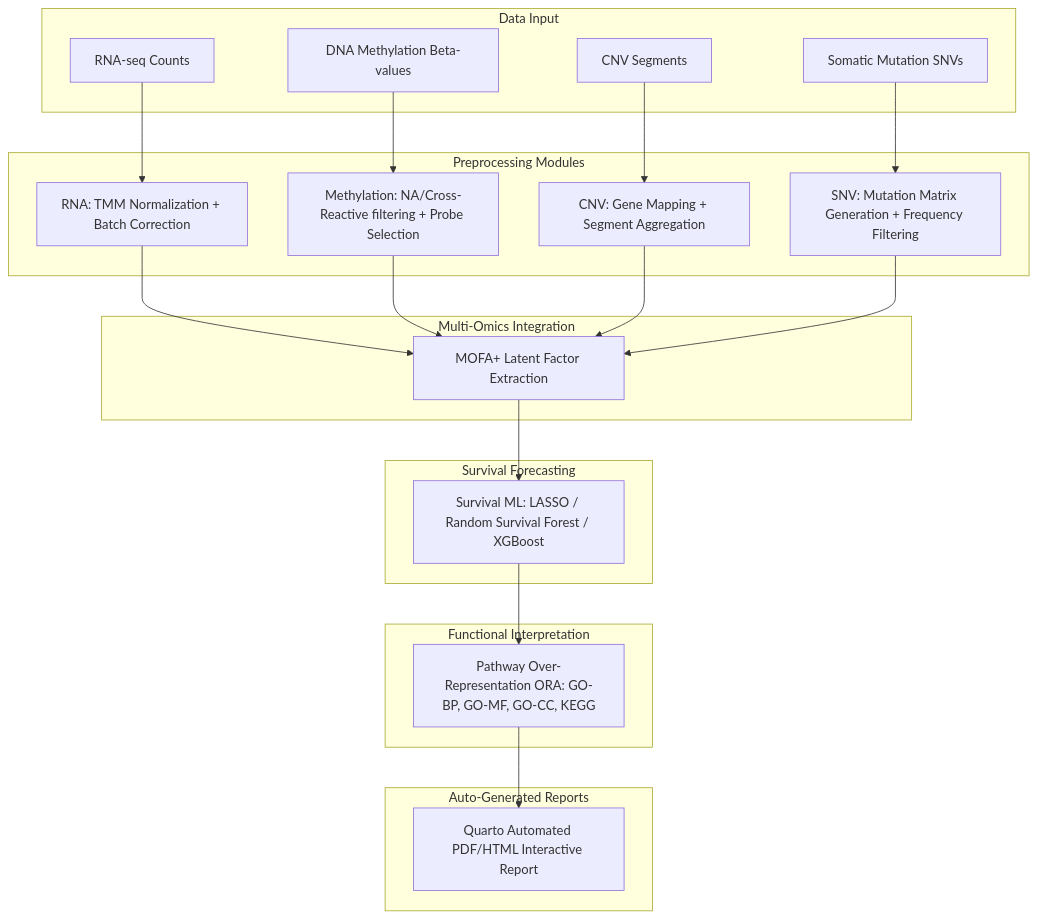
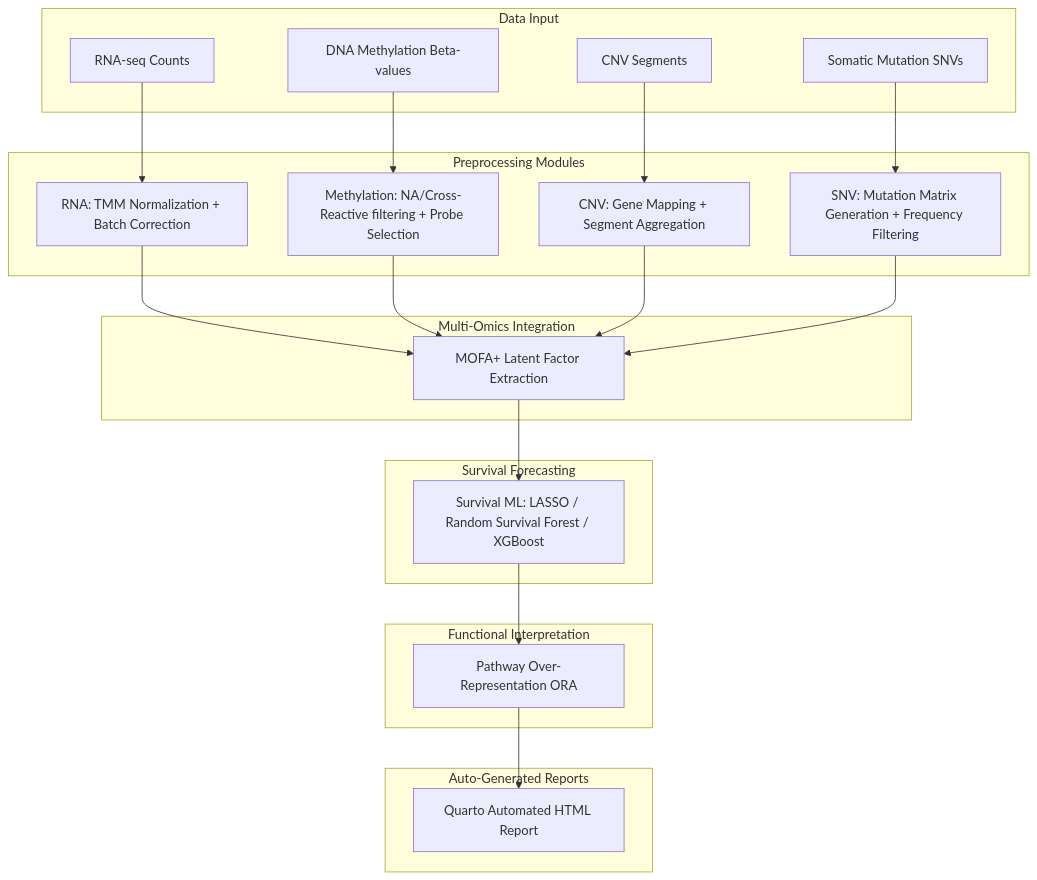
Before and after one commit to Abdullah-I-Ali/OmicsFlow: the diagram in README.md, drawn with Mermaid. The commit also changed other lines of this file, not shown here.

````diff
--- a/README.md
+++ b/README.md
@@ -27,53 +27,53 @@
 ```mermaid
 graph TD
     %% Input Layer
     subgraph Data Input
         RNA[RNA-seq Counts]
         METH[DNA Methylation Beta-values]
         CNV[CNV Segments]
         SNV[Somatic Mutation SNVs]
     end
 
     %% Preprocessing Layer
     subgraph Preprocessing Modules
         P_RNA[RNA: TMM Normalization + Batch Correction]
         P_METH[Methylation: NA/Cross-Reactive filtering + Probe Selection]
         P_CNV[CNV: Gene Mapping + Segment Aggregation]
         P_SNV[SNV: Mutation Matrix Generation + Frequency Filtering]
     end
 
     %% Integration Layer
     subgraph Multi-Omics Integration
         MOFA[MOFA+ Latent Factor Extraction]
     end
 
     %% Machine Learning Layer
     subgraph Survival Forecasting
         ML[Survival ML: LASSO / Random Survival Forest / XGBoost]
     end
 
     %% Downstream Analytics
     subgraph Functional Interpretation
-        ENR[Pathway Over-Representation ORA: GO-BP, GO-MF, GO-CC, KEGG]
+        ENR[Pathway Over-Representation ORA]
     end
 
     %% Reporting Layer
     subgraph Auto-Generated Reports
-        REP[Quarto Automated PDF/HTML Interactive Report]
+        REP[Quarto Automated HTML Report]
     end
 
     %% Connectors
     RNA --> P_RNA
     METH --> P_METH
     CNV --> P_CNV
     SNV --> P_SNV
 
     P_RNA --> MOFA
     P_METH --> MOFA
     P_CNV --> MOFA
     P_SNV --> MOFA
 
     MOFA --> ML
     ML --> ENR
     ENR --> REP
 ```
````
